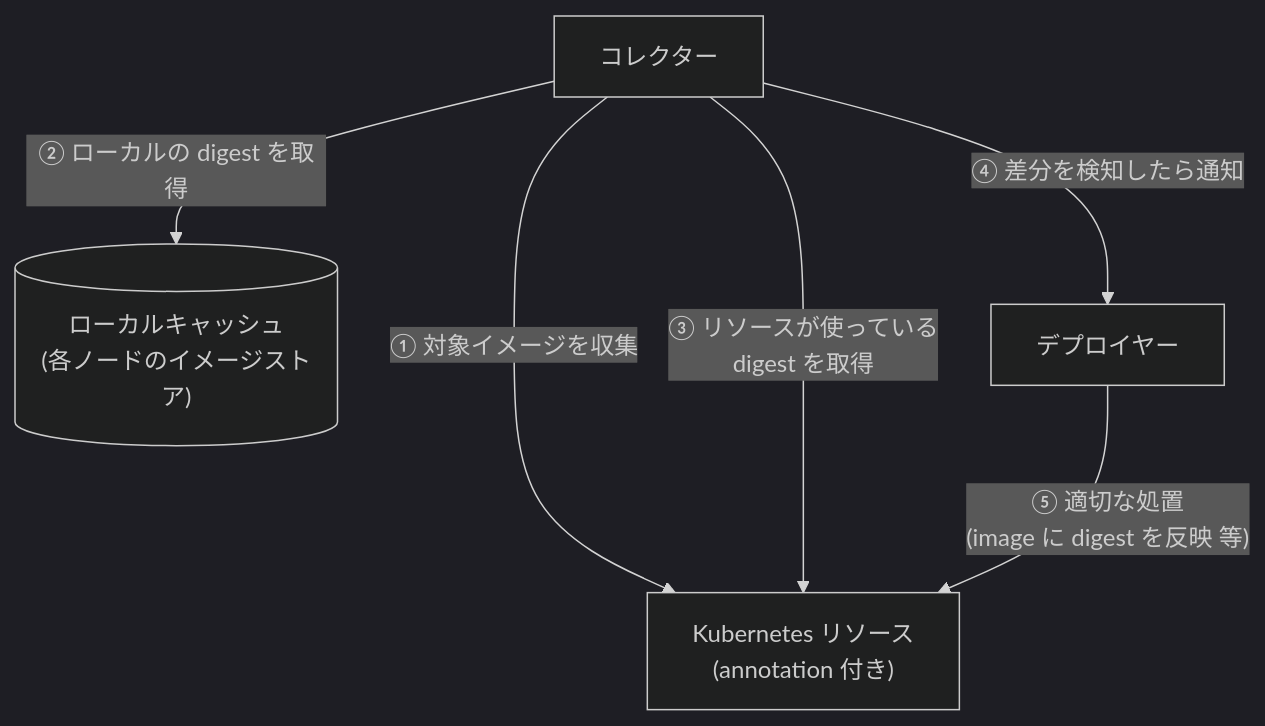
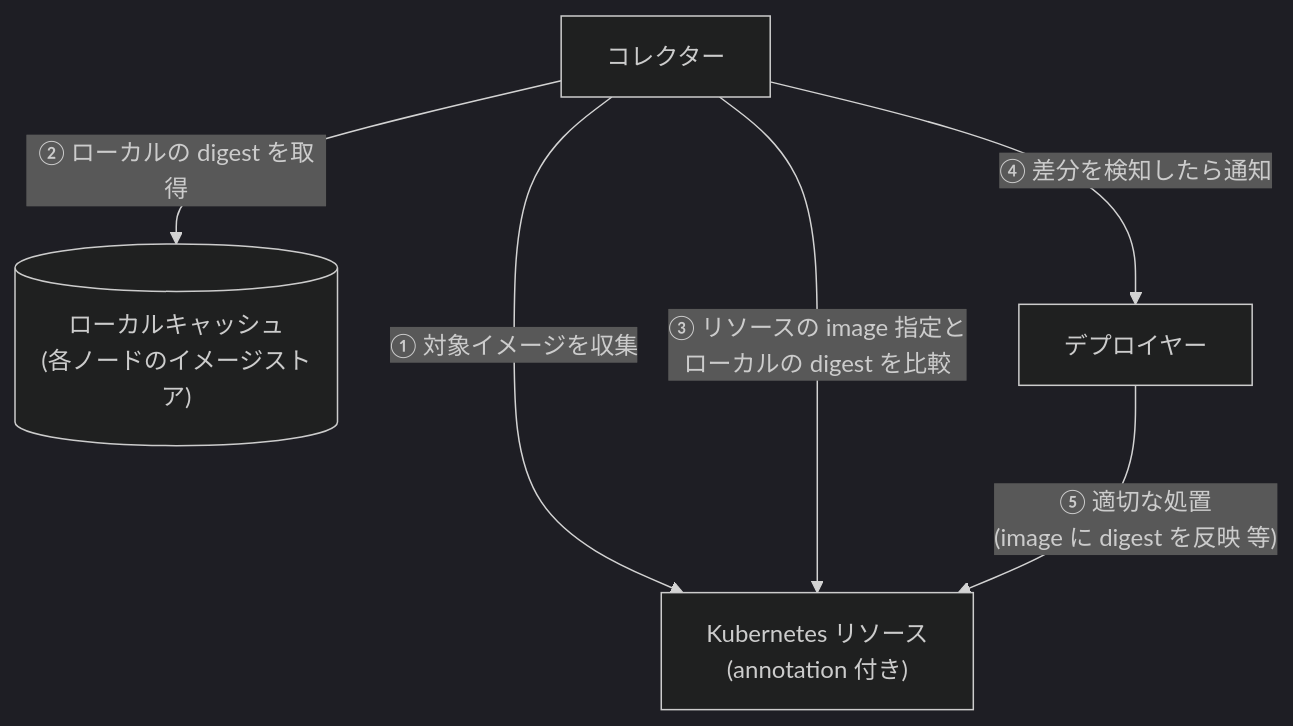
One commit to sasano8/kube-floatingtag-pinner changed the second of 2 diagrams in README.md. Above: the diagram before and after it, drawn with Mermaid (dark theme). The commit also changed other lines of this file and 1 other file, not shown here.

First line of the commit message:
第二段階の比較を spec の image 指定に統一し、ローカルキャッシュは再スキャンのみと明記

````diff
--- a/README.md
+++ b/README.md
@@ -51,13 +52,13 @@
 ```mermaid
 flowchart TB
     K["Kubernetes リソース<br/>(annotation 付き)"]
     C["コレクター"]
     L[("ローカルキャッシュ<br/>(各ノードのイメージストア)")]
     D["デプロイヤー"]
 
     C -- "① 対象イメージを収集" --> K
     C -- "② ローカルの digest を取得" --> L
-    C -- "③ リソースが使っている<br/>digest を取得" --> K
+    C -- "③ リソースの image 指定と<br/>ローカルの digest を比較" --> K
     C -- "④ 差分を検知したら通知" --> D
     D -- "⑤ 適切な処置<br/>(image に digest を反映 等)" --> K
 ```
````
